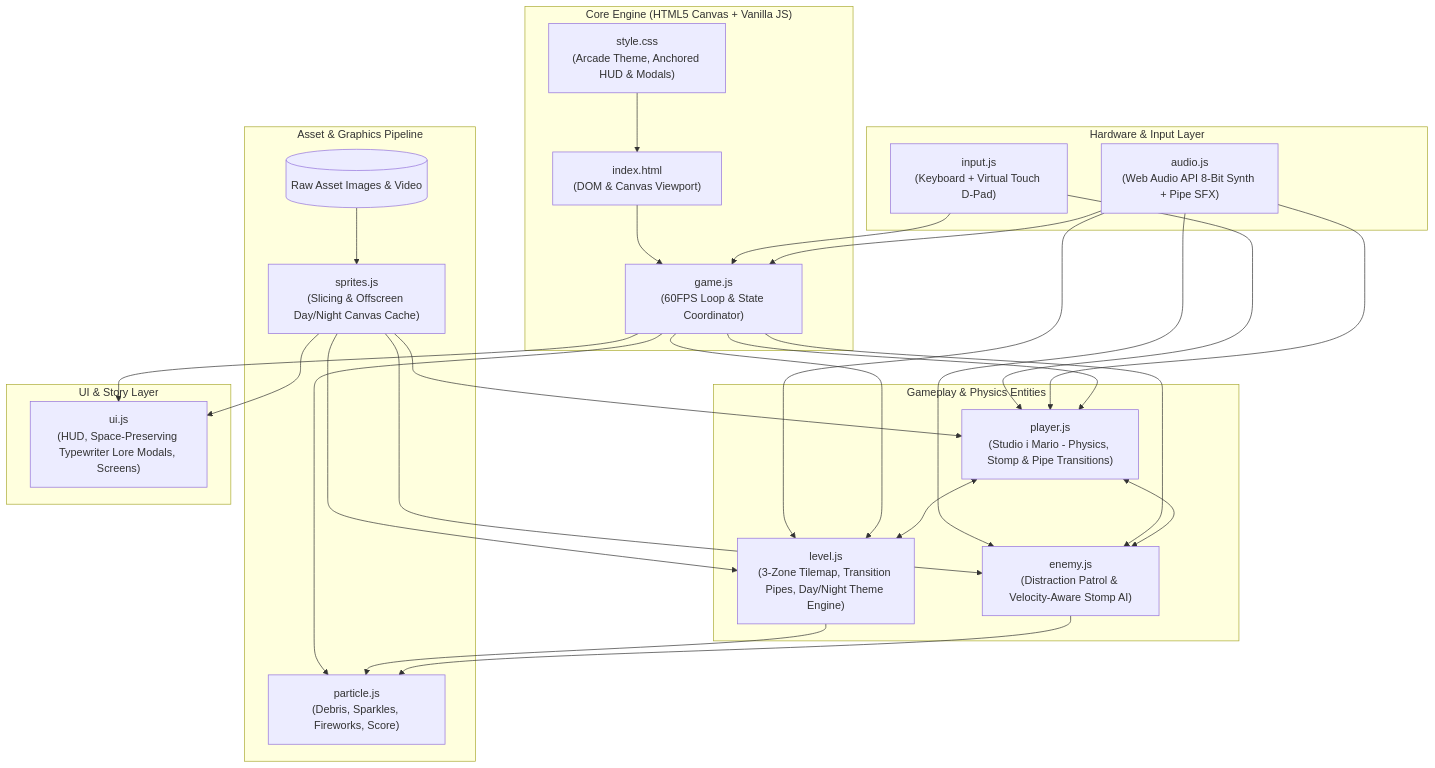
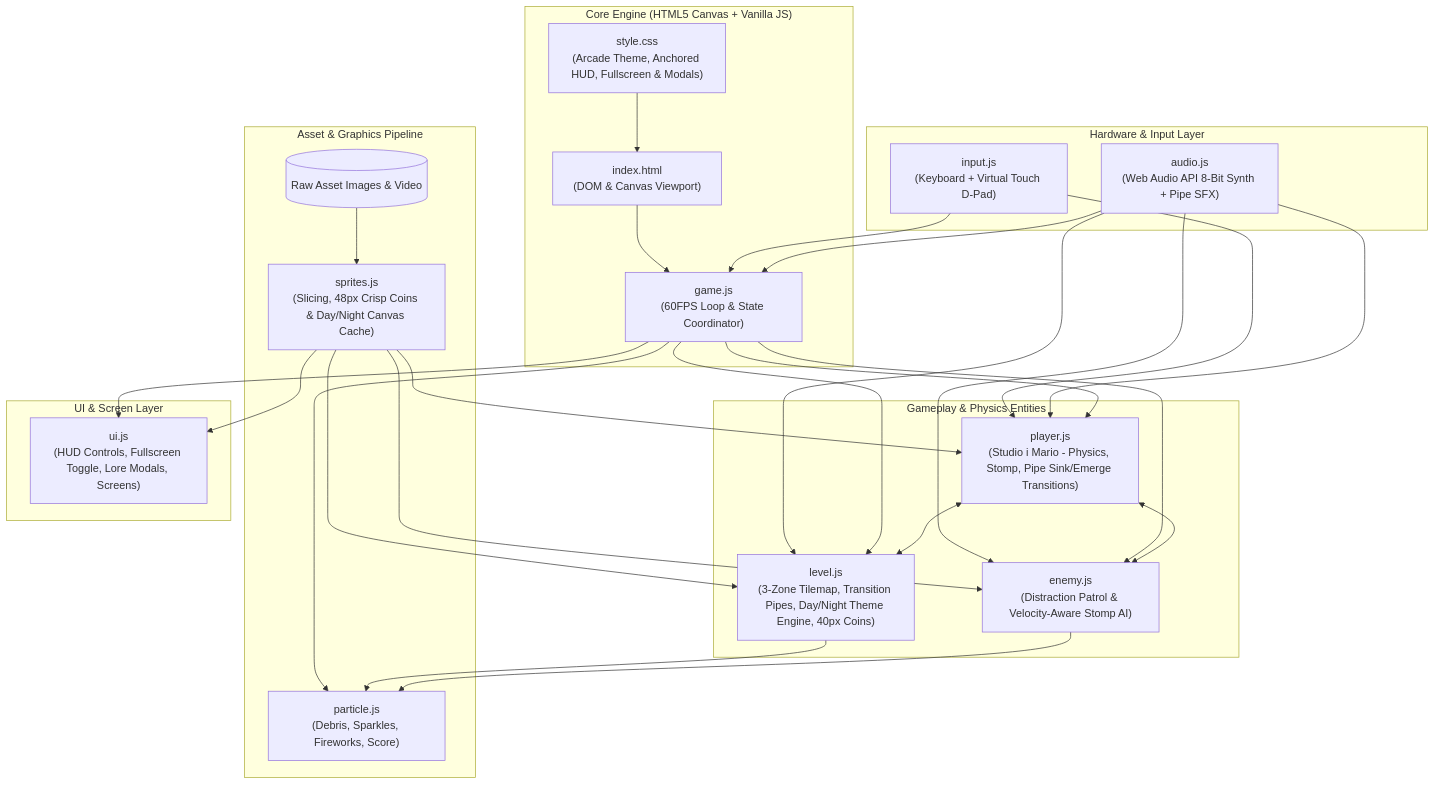
The first of 5 diagrams in project_summary_graph.md (govindgautam-glitch/mario-game), drawn with Mermaid before and after one commit. The commit also changed other lines of this file and 7 other files, not shown here.

Commit message:
Add fullscreen toggle, realistic pipe sink/emerge clipping animation, enhanced coin clarity, and updated architecture graphs

````diff
--- a/project_summary_graph.md
+++ b/project_summary_graph.md
@@ -9,56 +9,56 @@
 ```mermaid
 graph TD
     subgraph "Core Engine (HTML5 Canvas + Vanilla JS)"
         Index["index.html<br/>(DOM & Canvas Viewport)"]
-        CSS["style.css<br/>(Arcade Theme, Anchored HUD & Modals)"]
+        CSS["style.css<br/>(Arcade Theme, Anchored HUD, Fullscreen & Modals)"]
         Game["game.js<br/>(60FPS Loop & State Coordinator)"]
     end
 
     subgraph "Hardware & Input Layer"
         Input["input.js<br/>(Keyboard + Virtual Touch D-Pad)"]
         Audio["audio.js<br/>(Web Audio API 8-Bit Synth + Pipe SFX)"]
     end
 
     subgraph "Asset & Graphics Pipeline"
         Assets[("Raw Asset Images & Video")]
-        Sprites["sprites.js<br/>(Slicing & Offscreen Day/Night Canvas Cache)"]
+        Sprites["sprites.js<br/>(Slicing, 48px Crisp Coins & Day/Night Canvas Cache)"]
         Particles["particle.js<br/>(Debris, Sparkles, Fireworks, Score)"]
     end
 
     subgraph "Gameplay & Physics Entities"
-        Player["player.js<br/>(Studio i Mario - Physics, Stomp & Pipe Transitions)"]
+        Player["player.js<br/>(Studio i Mario - Physics, Stomp, Pipe Sink/Emerge Transitions)"]
         Enemy["enemy.js<br/>(Distraction Patrol & Velocity-Aware Stomp AI)"]
-        Level["level.js<br/>(3-Zone Tilemap, Transition Pipes, Day/Night Theme Engine)"]
+        Level["level.js<br/>(3-Zone Tilemap, Transition Pipes, Day/Night Theme Engine, 40px Coins)"]
     end
 
-    subgraph "UI & Story Layer"
-        UI["ui.js<br/>(HUD, Space-Preserving Typewriter Lore Modals, Screens)"]
+    subgraph "UI & Screen Layer"
+        UI["ui.js<br/>(HUD Controls, Fullscreen Toggle, Lore Modals, Screens)"]
     end
 
     %% Connections
     Index --> Game
     CSS --> Index
     Assets --> Sprites
     Sprites --> Player
     Sprites --> Enemy
     Sprites --> Level
     Sprites --> UI
 
     Input --> Game
     Input --> Player
     Audio --> Game
     Audio --> Player
     Audio --> Enemy
     Audio --> Level
 
     Game --> Player
     Game --> Enemy
     Game --> Level
     Game --> Particles
     Game --> UI
 
     Player <--> Level
     Player <--> Enemy
     Level --> Particles
     Enemy --> Particles
 ```
````
